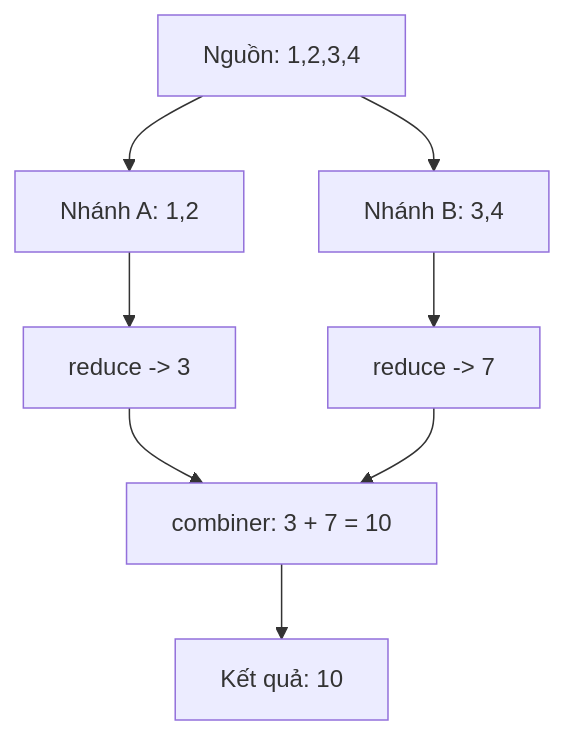
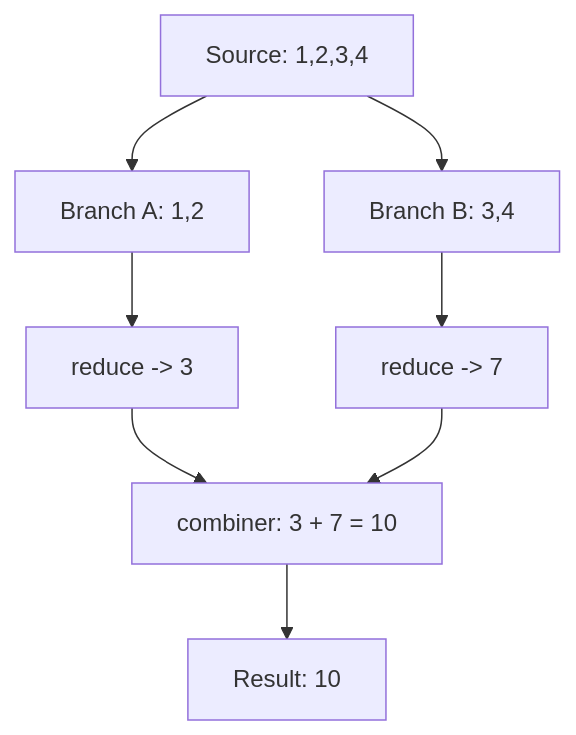
One commit to phuongnguyenit93/learning-platform-data changed the third of 3 diagrams in module/platform/development/programming/language/java/core/stream-api/content/knowledge/en/13.collect-and-collector-contracts/collect-and-collector-contracts-001.md. Above: the diagram before and after it, drawn with Mermaid. The commit also changed other lines of this file and 2307 other files, not shown here.

```diff
--- a/module/platform/development/programming/language/java/core/stream-api/content/knowledge/en/13.collect-and-collector-contracts/collect-and-collector-contracts-001.md
+++ b/module/platform/development/programming/language/java/core/stream-api/content/knowledge/en/13.collect-and-collector-contracts/collect-and-collector-contracts-001.md
@@ -614,10 +614,10 @@
 ~~~mermaid
 flowchart TD
-    S["Nguồn: 1,2,3,4"] --> A["Nhánh A: 1,2"]
-    S --> B["Nhánh B: 3,4"]
+    S["Source: 1,2,3,4"] --> A["Branch A: 1,2"]
+    S --> B["Branch B: 3,4"]
     A --> RA["reduce -> 3"]
     B --> RB["reduce -> 7"]
     RA --> RC["combiner: 3 + 7 = 10"]
     RB --> RC
-    RC --> OUT["Kết quả: 10"]
+    RC --> OUT["Result: 10"]
 ~~~
```
